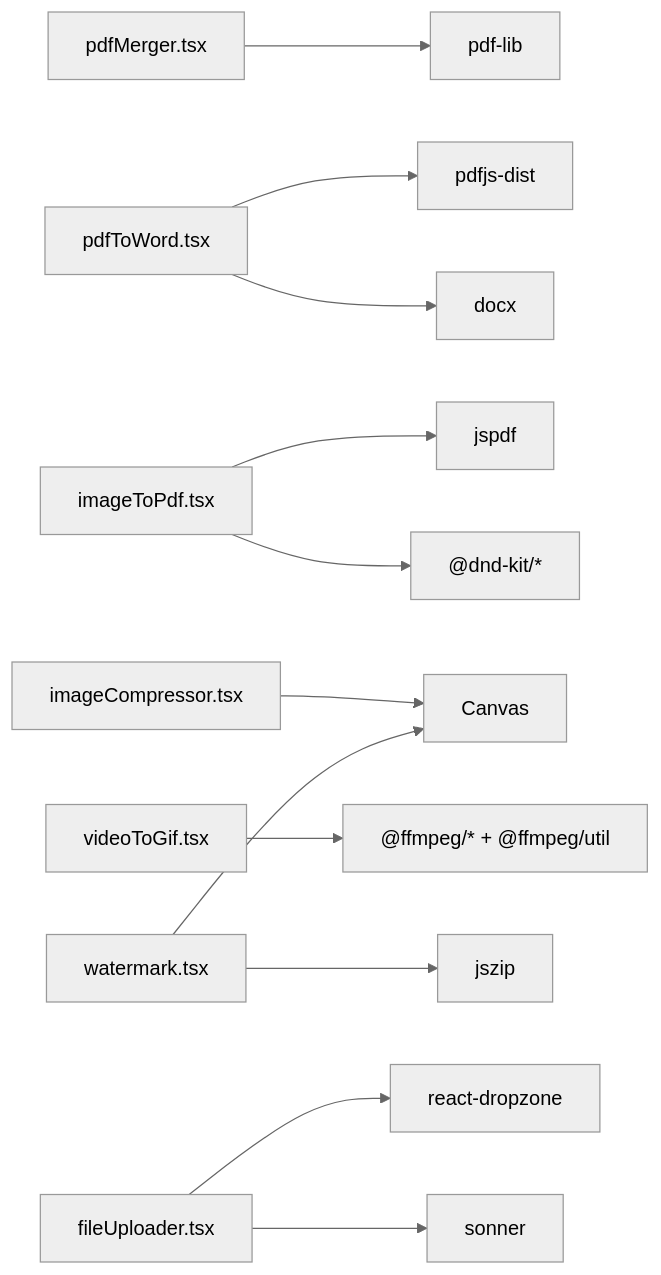
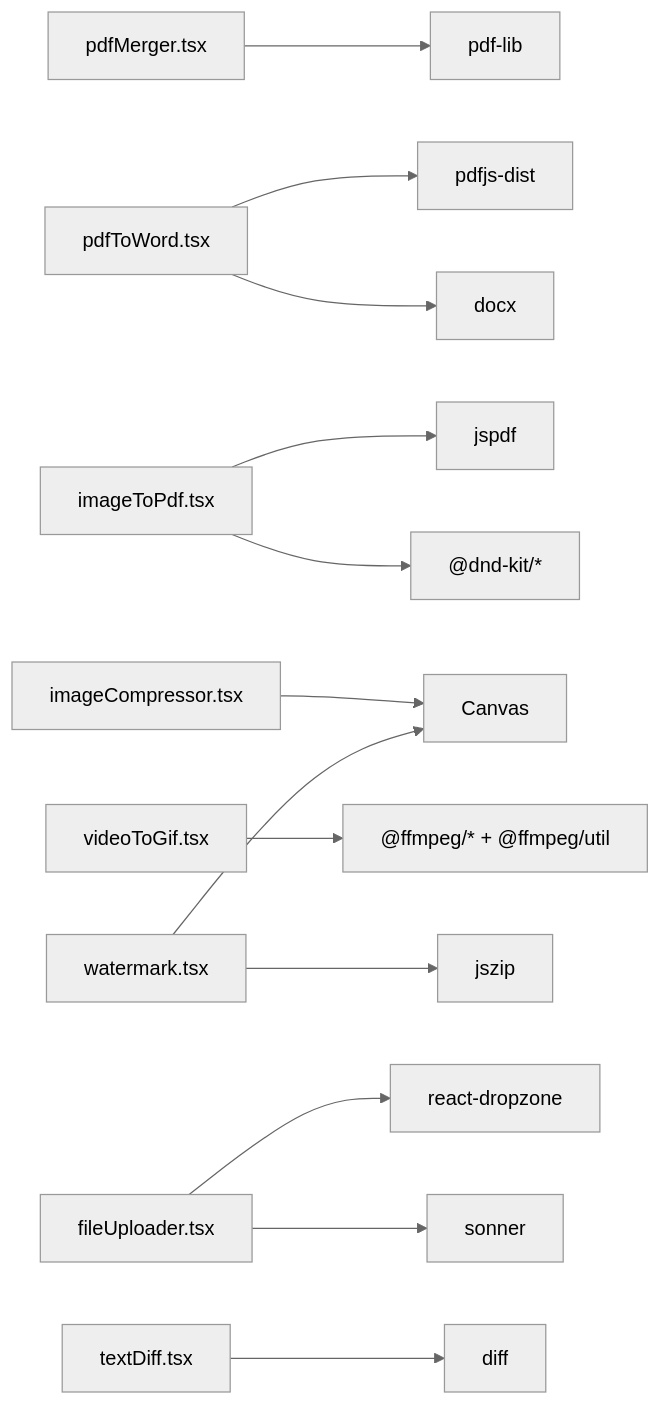
Before and after one commit to Sunrisies/bun-react: diagram 11 of 11 in .qoder/repowiki/zh/content/功能模块详解/文件处理工具/文件处理工具.md, drawn with Mermaid (neutral theme). The commit also changed other lines of this file and 6 other files, not shown here.

````diff
--- a/.qoder/repowiki/zh/content/功能模块详解/文件处理工具/文件处理工具.md
+++ b/.qoder/repowiki/zh/content/功能模块详解/文件处理工具/文件处理工具.md
@@ -370,14 +420,15 @@
 ```mermaid
 graph LR
 PDFM["pdfMerger.tsx"] --> PL["pdf-lib"]
 PDFW["pdfToWord.tsx"] --> PDFJS["pdfjs-dist"]
 PDFW --> DOCX["docx"]
 IMG2PDF["imageToPdf.tsx"] --> JSPDF["jspdf"]
 IMG2PDF --> DND["@dnd-kit/*"]
 IMGZIP["imageCompressor.tsx"] --> CANVAS["Canvas"]
 V2G["videoToGif.tsx"] --> FF["@ffmpeg/* + @ffmpeg/util"]
 WM["watermark.tsx"] --> ZIP["jszip"]
 WM --> CANVAS
 FU["fileUploader.tsx"] --> RDZ["react-dropzone"]
 FU --> SONNER["sonner"]
+TD["textDiff.tsx"] --> DIFF["diff"]
 ```
````
